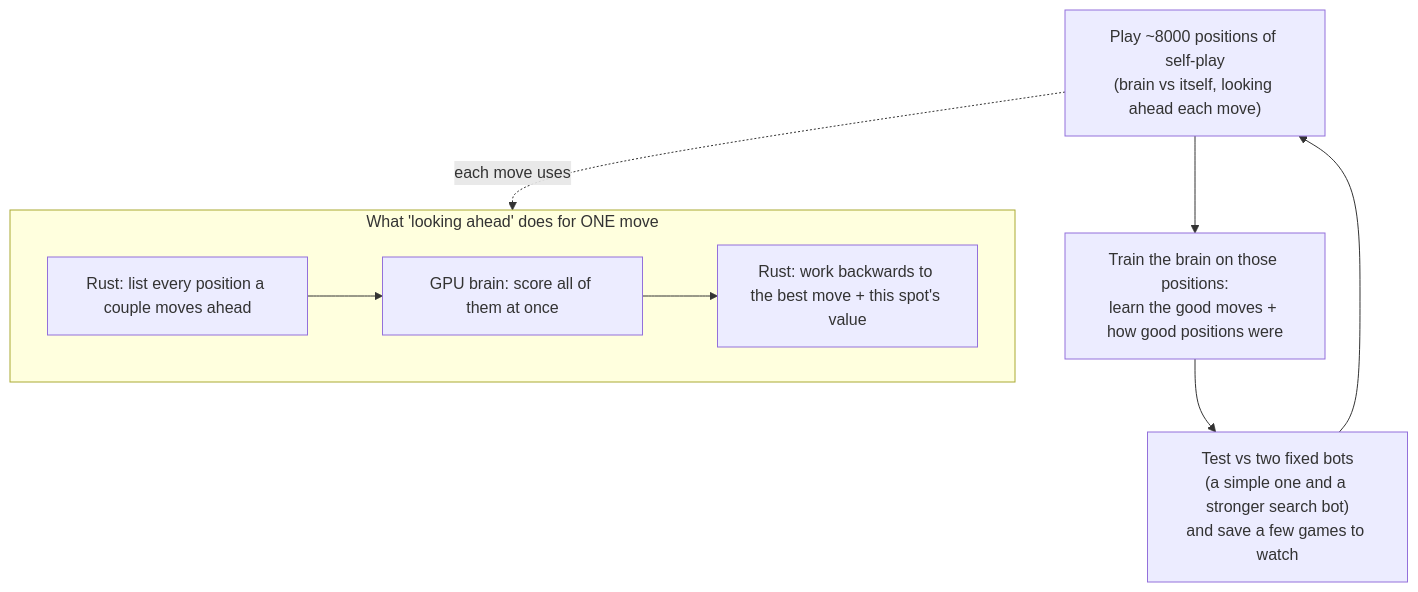
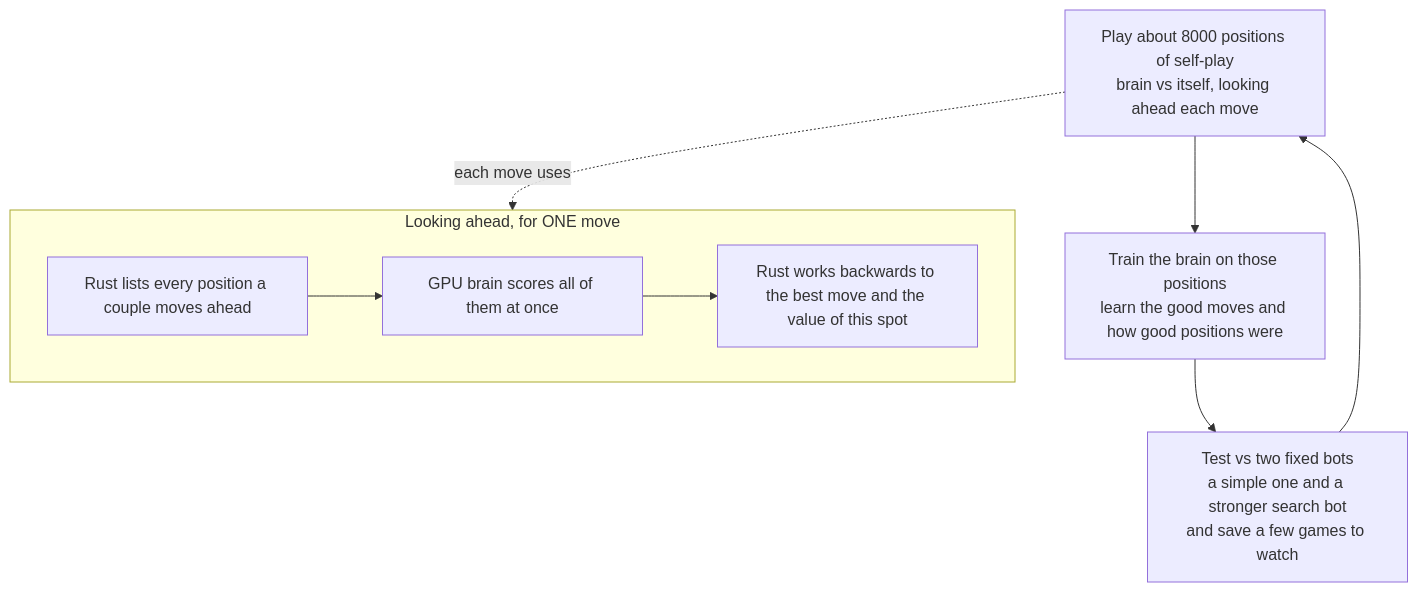
One commit to brensch/snek3 changed the second of 2 diagrams in docs/albatross-architecture.md. Above: the diagram before and after it, drawn with Mermaid. The commit also changed other lines of this file, not shown here.

Commit message:
docs: fix mermaid parse error (strip parentheses/special chars from diagrams)

````diff
--- a/docs/albatross-architecture.md
+++ b/docs/albatross-architecture.md
@@ -58,15 +58,15 @@
 ```mermaid
 flowchart TB
-    A["Play ~8000 positions of self-play<br/>(brain vs itself, looking ahead each move)"]
-    B["Train the brain on those positions:<br/>learn the good moves + how good positions were"]
-    C["Test vs two fixed bots<br/>(a simple one and a stronger search bot)<br/>and save a few games to watch"]
+    A["Play about 8000 positions of self-play<br/>brain vs itself, looking ahead each move"]
+    B["Train the brain on those positions<br/>learn the good moves and how good positions were"]
+    C["Test vs two fixed bots<br/>a simple one and a stronger search bot<br/>and save a few games to watch"]
     A --> B --> C --> A
 
-    subgraph inside["What 'looking ahead' does for ONE move"]
-        D["Rust: list every position a couple moves ahead"]
-        E["GPU brain: score all of them at once"]
-        F["Rust: work backwards to the best move + this spot's value"]
+    subgraph inside["Looking ahead, for ONE move"]
+        D["Rust lists every position a couple moves ahead"]
+        E["GPU brain scores all of them at once"]
+        F["Rust works backwards to the best move and the value of this spot"]
         D --> E --> F
     end
     A -. each move uses .-> inside
 ```
````
